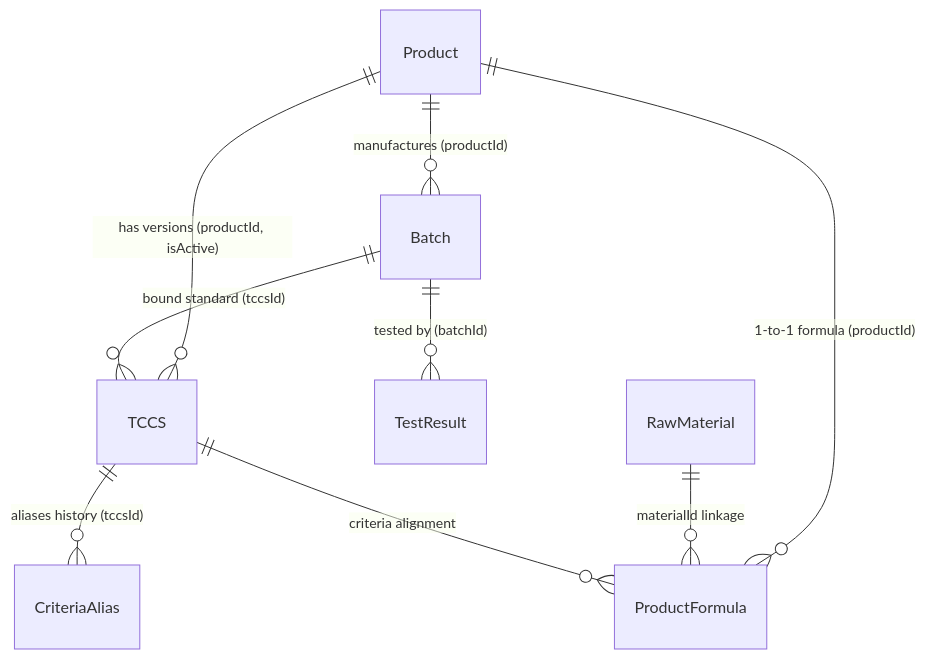
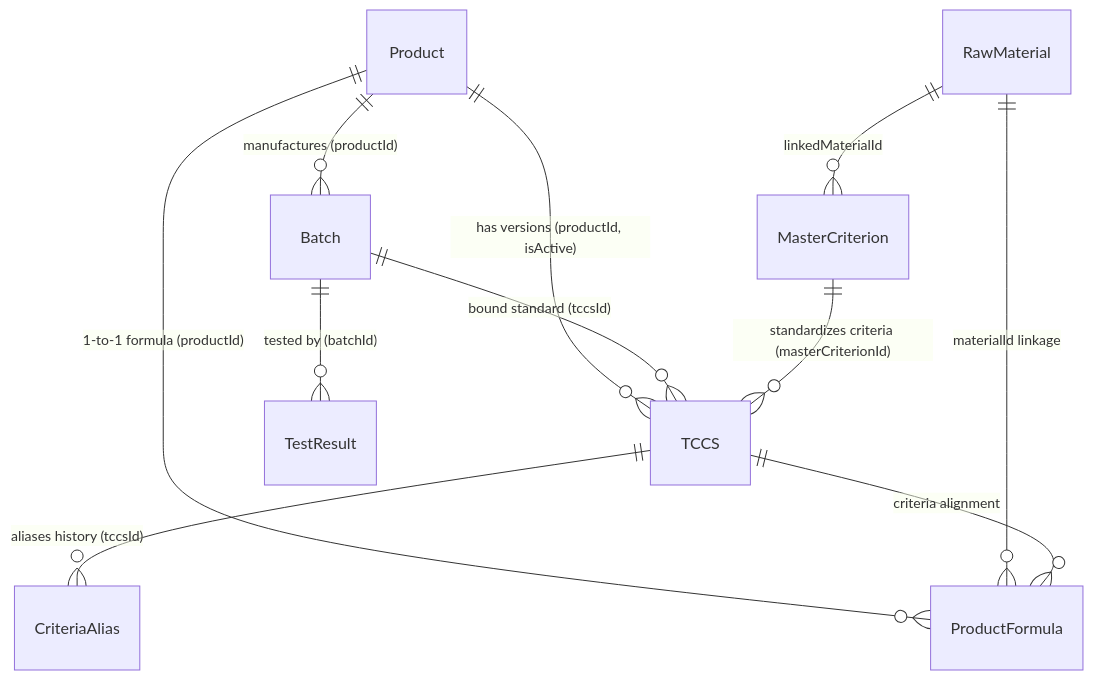
One commit to bacnam1994/PQM changed the first of 2 diagrams in PROJECT_OVERVIEW.md. Above: the diagram before and after it, drawn with Mermaid. The commit also changed other lines of this file and 29 other files, not shown here.

Commit message:
feat(master-criteria & release-guard): implement Master Criterion architecture and harden canonical Release Guard

````diff
--- a/PROJECT_OVERVIEW.md
+++ b/PROJECT_OVERVIEW.md
@@ -74,11 +74,13 @@
 ```mermaid
 erDiagram
     Product ||--o{ TCCS : "has versions (productId, isActive)"
     Product ||--o{ ProductFormula : "1-to-1 formula (productId)"
     Product ||--o{ Batch : "manufactures (productId)"
     Batch ||--o{ TestResult : "tested by (batchId)"
     Batch ||--o{ TCCS : "bound standard (tccsId)"
     RawMaterial ||--o{ ProductFormula : "materialId linkage"
+    RawMaterial ||--o{ MasterCriterion : "linkedMaterialId"
+    MasterCriterion ||--o{ TCCS : "standardizes criteria (masterCriterionId)"
     TCCS ||--o{ CriteriaAlias : "aliases history (tccsId)"
     TCCS ||--o{ ProductFormula : "criteria alignment"
 ```
````
